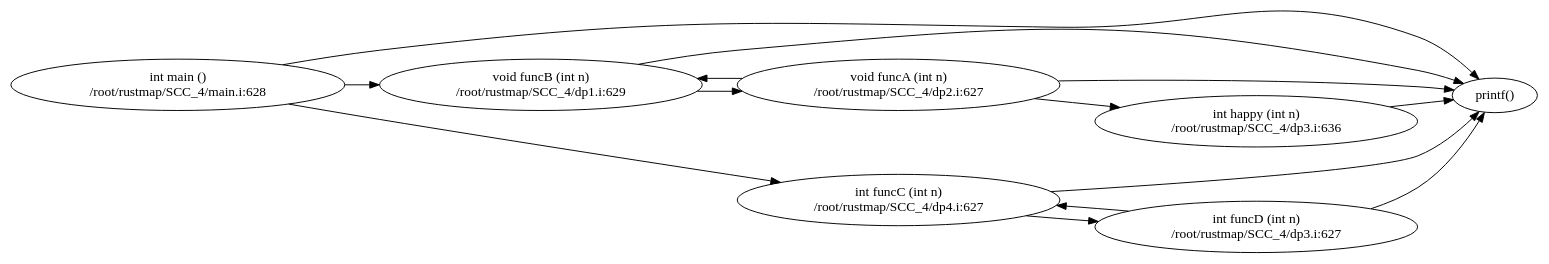
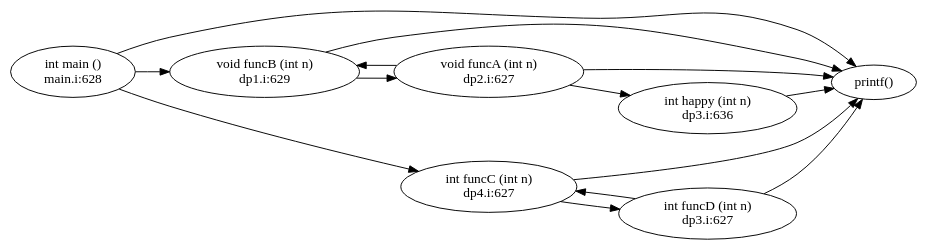
Before and after one commit to SheldonHH/RustMap: the diagram in SCC_recursive_study/SCC_4_RecursiveDependencyDemo/callgraph.dot, drawn with Graphviz. The commit also changed 199 other files, not shown here.

```diff
--- a/SCC_recursive_study/SCC_4_RecursiveDependencyDemo/callgraph.dot
+++ b/SCC_recursive_study/SCC_4_RecursiveDependencyDemo/callgraph.dot
@@ -1,29 +1,29 @@
 digraph G {
 rankdir="LR";
     main [label="int main ()
-/root/rustmap/SCC_4/main.i:628"]
+main.i:628"]
     main -> printf
     main -> funcB
     main -> funcC
     printf [label="printf()"]
     funcB [label="void funcB (int n)
-/root/rustmap/SCC_4/dp1.i:629"]
+dp1.i:629"]
     funcB -> printf
     funcB -> funcA
     funcA [label="void funcA (int n)
-/root/rustmap/SCC_4/dp2.i:627"]
+dp2.i:627"]
     funcA -> printf
     funcA -> happy
     funcA -> funcB
     happy [label="int happy (int n)
-/root/rustmap/SCC_4/dp3.i:636"]
+dp3.i:636"]
     happy -> printf
     funcC [label="int funcC (int n)
-/root/rustmap/SCC_4/dp4.i:627"]
+dp4.i:627"]
     funcC -> printf
     funcC -> funcD
     funcD [label="int funcD (int n)
-/root/rustmap/SCC_4/dp3.i:627"]
+dp3.i:627"]
     funcD -> printf
     funcD -> funcC
 }
```
